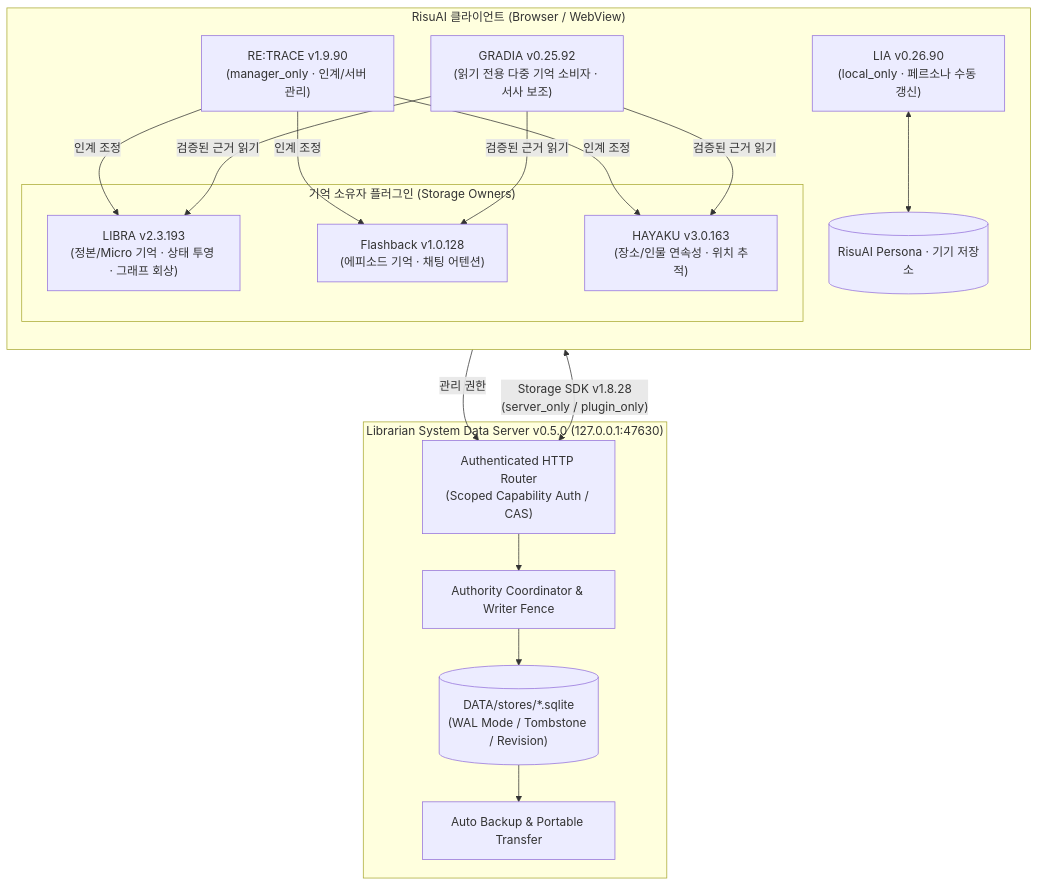
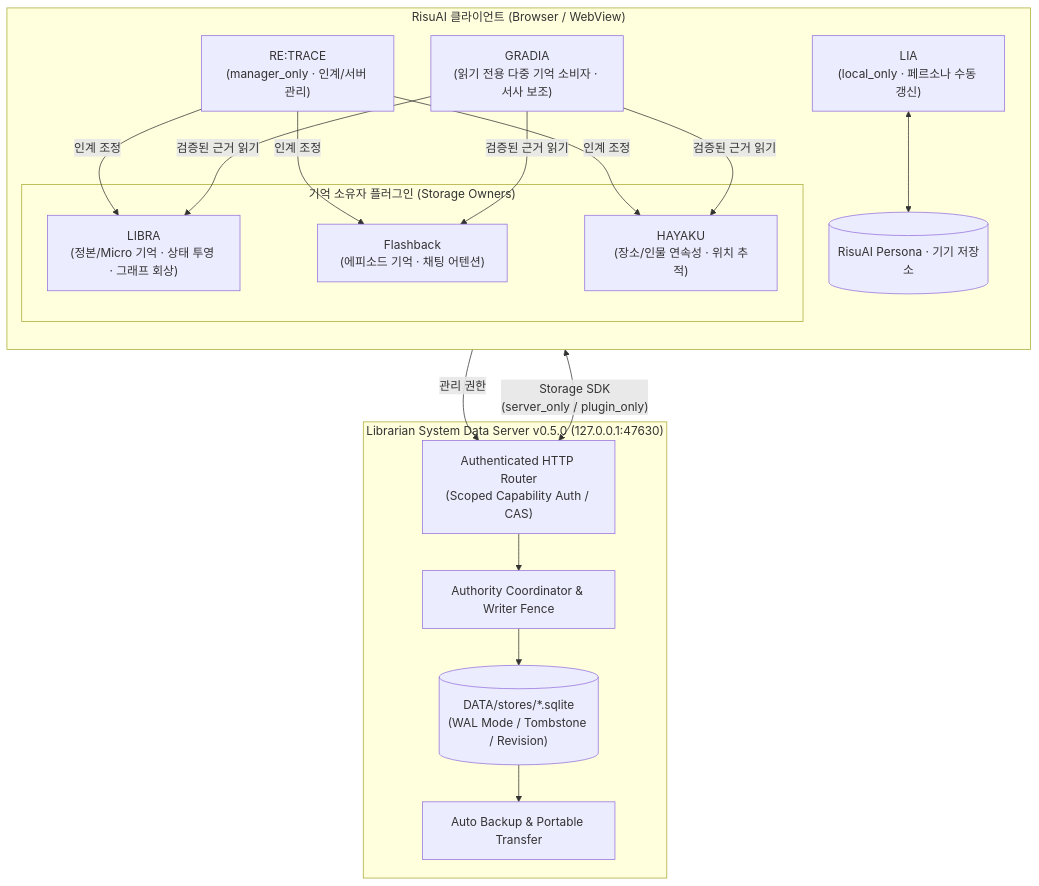
One commit to rusinus12-droid/Librarian-System changed the diagram in README.md. Above: the diagram before and after it, drawn with Mermaid. The commit also changed 2 other files, not shown here.

Commit message:
docs(readme): remove duplicated Mermaid plugin versions and enforce renderReadme coherence

````diff
--- a/README.md
+++ b/README.md
@@ -40,30 +40,30 @@
 ```mermaid
 flowchart TB
     subgraph Host["RisuAI 클라이언트 (Browser / WebView)"]
         direction TB
         subgraph Owners["기억 소유자 플러그인 (Storage Owners)"]
-            LIBRA["LIBRA v2.3.193<br/>(정본/Micro 기억 · 상태 투영 · 그래프 회상)"]
-            FB["Flashback v1.0.128<br/>(에피소드 기억 · 채팅 어텐션)"]
-            HAYAKU["HAYAKU v3.0.163<br/>(장소/인물 연속성 · 위치 추적)"]
+            LIBRA["LIBRA<br/>(정본/Micro 기억 · 상태 투영 · 그래프 회상)"]
+            FB["Flashback<br/>(에피소드 기억 · 채팅 어텐션)"]
+            HAYAKU["HAYAKU<br/>(장소/인물 연속성 · 위치 추적)"]
         end
-        LIA["LIA v0.26.90<br/>(local_only · 페르소나 수동 갱신)"]
+        LIA["LIA<br/>(local_only · 페르소나 수동 갱신)"]
         Persona[("RisuAI Persona · 기기 저장소")]
         LIA <--> Persona
-        RETRACE["RE:TRACE v1.9.90<br/>(manager_only · 인계/서버 관리)"]
+        RETRACE["RE:TRACE<br/>(manager_only · 인계/서버 관리)"]
         RETRACE -->|인계 조정| LIBRA & FB & HAYAKU
-        GRADIA["GRADIA v0.25.92<br/>(읽기 전용 다중 기억 소비자 · 서사 보조)"]
+        GRADIA["GRADIA<br/>(읽기 전용 다중 기억 소비자 · 서사 보조)"]
         GRADIA -->|검증된 근거 읽기| LIBRA & FB & HAYAKU
     end
 
     subgraph Server["Librarian System Data Server v0.5.0 (127.0.0.1:47630)"]
         Router["Authenticated HTTP Router<br/>(Scoped Capability Auth / CAS)"]
         Coord["Authority Coordinator & Writer Fence"]
         SQLite[("DATA/stores/*.sqlite<br/>(WAL Mode / Tombstone / Revision)")]
         Backup["Auto Backup & Portable Transfer"]
         Router --> Coord --> SQLite
         SQLite --> Backup
     end
 
-    Owners <-->|"Storage SDK v1.8.28<br/>(server_only / plugin_only)"| Router
+    Owners <-->|"Storage SDK<br/>(server_only / plugin_only)"| Router
     RETRACE -->|관리 권한| Router
 ```
````
